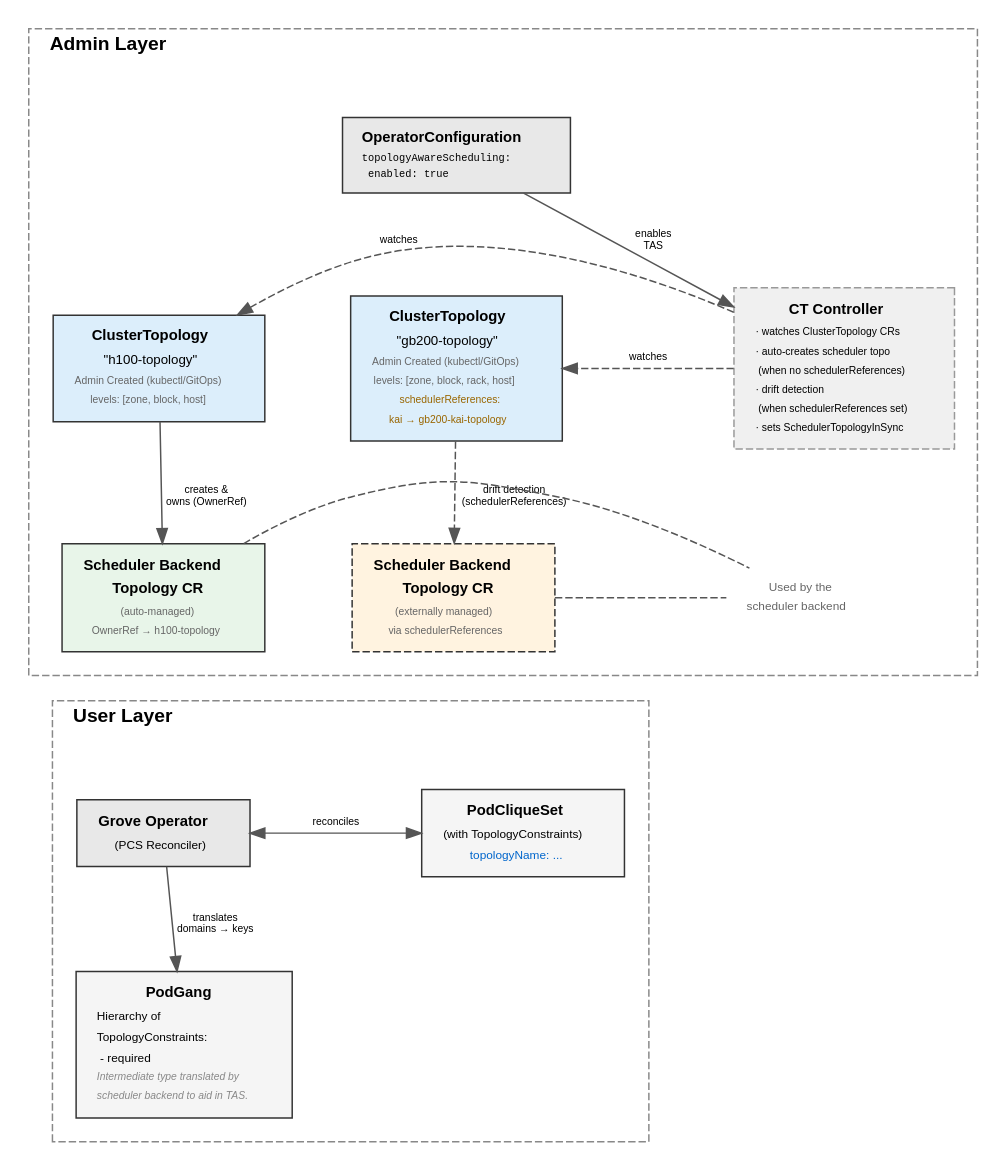
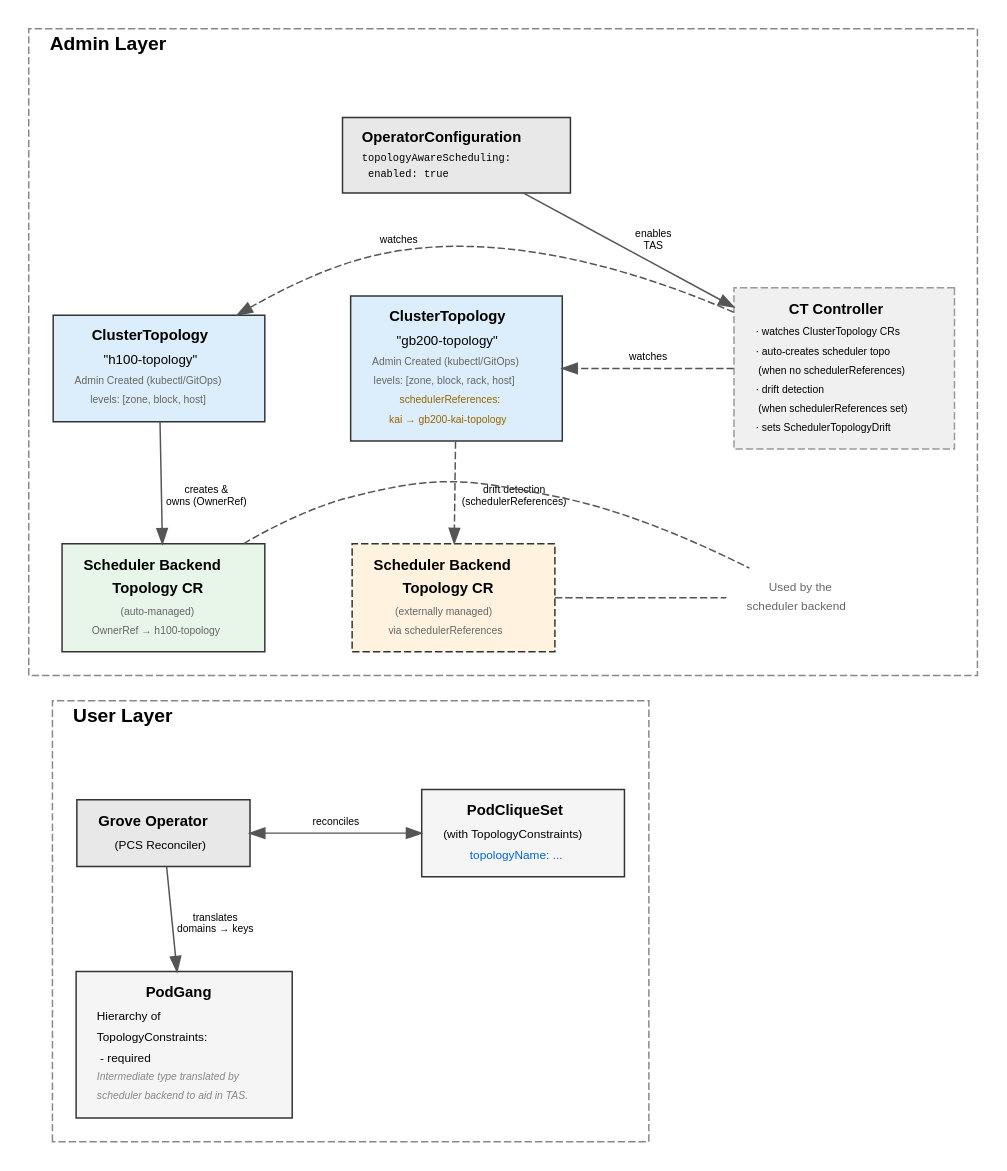
The diagram in docs/proposals/244-topology-aware-scheduling/assets/tas-highlevel-architecture.dot (ai-dynamo/grove), drawn with Graphviz before and after one commit. The commit also changed 2 other files, not shown here.

Commit message:
rename SchedulerTopologyInSync to SchedulerTopologyDrift
Follow Kubernetes condition naming convention: conditions should use
negative polarity (True = problem) except Ready. Flipped polarity so
True = drift detected, False = all backends in sync.

```diff
--- a/docs/proposals/244-topology-aware-scheduling/assets/tas-highlevel-architecture.dot
+++ b/docs/proposals/244-topology-aware-scheduling/assets/tas-highlevel-architecture.dot
@@ -1,192 +1,192 @@
 digraph TASArchitecture {
     // Global settings
     rankdir=TB;
     fontname="Helvetica";
     fontsize=11;
     node [fontname="Helvetica", fontsize=10, shape=box, style="filled", fillcolor="#f5f5f5", color="#333333", margin="0.15,0.1"];
     edge [fontname="Helvetica", fontsize=7, color="#555555"];
     nodesep=0.8;
     ranksep=0.65;
     newrank=true;
 
     // ===== ADMIN LAYER =====
     subgraph cluster_admin {
         label="Admin Layer";
         labeljust="l";
         labelloc="t";
         fontsize=13;
         fontname="Helvetica-Bold";
         style="dashed";
         color="#888888";
         bgcolor="#ffffff";
         margin="16";
 
         // Row 1: OperatorConfiguration (simplified — just the TAS flag)
         opconfig [
             label=<
             <TABLE BORDER="0" CELLBORDER="0" CELLSPACING="1" CELLPADDING="1">
             <TR><TD><B>OperatorConfiguration</B></TD></TR>
             <TR><TD ALIGN="LEFT"><FONT POINT-SIZE="7.5" FACE="Courier">topologyAwareScheduling:</FONT></TD></TR>
             <TR><TD ALIGN="LEFT"><FONT POINT-SIZE="7.5" FACE="Courier">  enabled: true</FONT></TD></TR>
             </TABLE>>,
             shape=box,
             fillcolor="#e8e8e8"
         ];
 
         // Row 2: ClusterTopologies + CT Controller
         ct_h100 [
             label=<
             <TABLE BORDER="0" CELLBORDER="0" CELLSPACING="1" CELLPADDING="2">
             <TR><TD><B>ClusterTopology</B></TD></TR>
             <TR><TD><FONT POINT-SIZE="9">"h100-topology"</FONT></TD></TR>
             <TR><TD><FONT POINT-SIZE="7" COLOR="#666666">Admin Created (kubectl/GitOps)</FONT></TD></TR>
             <TR><TD><FONT POINT-SIZE="7" COLOR="#666666">levels: [zone, block, host]</FONT></TD></TR>
             </TABLE>>,
             fillcolor="#dceefb"
         ];
 
         ct_gb200 [
             label=<
             <TABLE BORDER="0" CELLBORDER="0" CELLSPACING="1" CELLPADDING="2">
             <TR><TD><B>ClusterTopology</B></TD></TR>
             <TR><TD><FONT POINT-SIZE="9">"gb200-topology"</FONT></TD></TR>
             <TR><TD><FONT POINT-SIZE="7" COLOR="#666666">Admin Created (kubectl/GitOps)</FONT></TD></TR>
             <TR><TD><FONT POINT-SIZE="7" COLOR="#666666">levels: [zone, block, rack, host]</FONT></TD></TR>
             <TR><TD><FONT POINT-SIZE="7" COLOR="#996600">schedulerReferences:</FONT></TD></TR>
             <TR><TD><FONT POINT-SIZE="7" COLOR="#996600">  kai → gb200-kai-topology</FONT></TD></TR>
             </TABLE>>,
             fillcolor="#dceefb"
         ];
 
         ct_controller [
             label=<
             <TABLE BORDER="0" CELLBORDER="0" CELLSPACING="1" CELLPADDING="2">
             <TR><TD><B>CT Controller</B></TD></TR>
             <TR><TD ALIGN="LEFT"><FONT POINT-SIZE="7">· watches ClusterTopology CRs</FONT></TD></TR>
             <TR><TD ALIGN="LEFT"><FONT POINT-SIZE="7">· auto-creates scheduler topo</FONT></TD></TR>
             <TR><TD ALIGN="LEFT"><FONT POINT-SIZE="7">  (when no schedulerReferences)</FONT></TD></TR>
             <TR><TD ALIGN="LEFT"><FONT POINT-SIZE="7">· drift detection</FONT></TD></TR>
             <TR><TD ALIGN="LEFT"><FONT POINT-SIZE="7">  (when schedulerReferences set)</FONT></TD></TR>
-            <TR><TD ALIGN="LEFT"><FONT POINT-SIZE="7">· sets SchedulerTopologyInSync</FONT></TD></TR>
+            <TR><TD ALIGN="LEFT"><FONT POINT-SIZE="7">· sets SchedulerTopologyDrift</FONT></TD></TR>
             </TABLE>>,
             shape=box,
             style="filled,dashed",
             fillcolor="#f0f0f0",
             color="#999999"
         ];
 
         // Row 3: Scheduler Backend Topology CRs
         sched_h100 [
             label=<
             <TABLE BORDER="0" CELLBORDER="0" CELLSPACING="1" CELLPADDING="2">
             <TR><TD><B>Scheduler Backend</B></TD></TR>
             <TR><TD><B>Topology CR</B></TD></TR>
             <TR><TD><FONT POINT-SIZE="7" COLOR="#666666">(auto-managed)</FONT></TD></TR>
             <TR><TD><FONT POINT-SIZE="7" COLOR="#666666">OwnerRef → h100-topology</FONT></TD></TR>
             </TABLE>>,
             fillcolor="#e8f5e9"
         ];
 
         sched_gb200 [
             label=<
             <TABLE BORDER="0" CELLBORDER="0" CELLSPACING="1" CELLPADDING="2">
             <TR><TD><B>Scheduler Backend</B></TD></TR>
             <TR><TD><B>Topology CR</B></TD></TR>
             <TR><TD><FONT POINT-SIZE="7" COLOR="#666666">(externally managed)</FONT></TD></TR>
             <TR><TD><FONT POINT-SIZE="7" COLOR="#666666">via schedulerReferences</FONT></TD></TR>
             </TABLE>>,
             fillcolor="#fff3e0",
             style="filled,dashed"
         ];
 
         scheduler_label [
             label=<
             <TABLE BORDER="0" CELLBORDER="0" CELLSPACING="0">
             <TR><TD><FONT POINT-SIZE="8" COLOR="#666666">Used by the</FONT></TD></TR>
             <TR><TD><FONT POINT-SIZE="8" COLOR="#666666">scheduler backend</FONT></TD></TR>
             </TABLE>>,
             shape=plaintext,
             fillcolor="transparent",
             style=""
         ];
 
         // Row ranking within admin
         {rank=same; ct_h100; ct_gb200; ct_controller}
         {rank=same; sched_h100; sched_gb200; scheduler_label}
     }
 
     // ===== USER LAYER =====
     subgraph cluster_user {
         label="User Layer";
         labeljust="l";
         labelloc="t";
         fontsize=13;
         fontname="Helvetica-Bold";
         style="dashed";
         color="#888888";
         bgcolor="#ffffff";
         margin="16";
 
         grove_operator [
             label=<
             <TABLE BORDER="0" CELLBORDER="0" CELLSPACING="1" CELLPADDING="2">
             <TR><TD><B>Grove Operator</B></TD></TR>
             <TR><TD><FONT POINT-SIZE="8">(PCS Reconciler)</FONT></TD></TR>
             </TABLE>>,
             fillcolor="#e8e8e8"
         ];
 
         pcs [
             label=<
             <TABLE BORDER="0" CELLBORDER="0" CELLSPACING="1" CELLPADDING="2">
             <TR><TD><B>PodCliqueSet</B></TD></TR>
             <TR><TD><FONT POINT-SIZE="8">(with TopologyConstraints)</FONT></TD></TR>
             <TR><TD><FONT POINT-SIZE="8" COLOR="#0066cc">topologyName: ...</FONT></TD></TR>
             </TABLE>>,
             fillcolor="#f5f5f5"
         ];
 
         podgang [
             label=<
             <TABLE BORDER="0" CELLBORDER="0" CELLSPACING="1" CELLPADDING="2">
             <TR><TD><B>PodGang</B></TD></TR>
             <TR><TD ALIGN="LEFT"><FONT POINT-SIZE="8">Hierarchy of</FONT></TD></TR>
             <TR><TD ALIGN="LEFT"><FONT POINT-SIZE="8">TopologyConstraints:</FONT></TD></TR>
             <TR><TD ALIGN="LEFT"><FONT POINT-SIZE="8">  - required</FONT></TD></TR>
             <TR><TD><FONT POINT-SIZE="7" COLOR="#888888"><I>Intermediate type translated by</I></FONT></TD></TR>
             <TR><TD><FONT POINT-SIZE="7" COLOR="#888888"><I>scheduler backend to aid in TAS.</I></FONT></TD></TR>
             </TABLE>>,
             fillcolor="#f5f5f5"
         ];
 
         {rank=same; grove_operator; pcs}
     }
 
     // ===== EDGES =====
 
     // Admin Layer: OperatorConfiguration -> CT Controller
     opconfig -> ct_controller [label="  enables\n  TAS"];
 
     // Layout: keep CTs below OperatorConfiguration
     opconfig -> ct_h100 [style=invis];
     opconfig -> ct_gb200 [style=invis];
 
     // Admin Layer: CT Controller watches ClusterTopologies
     ct_controller -> ct_h100 [label="watches", style=dashed, constraint=false];
     ct_controller -> ct_gb200 [label="watches", style=dashed, constraint=false];
 
     // Admin Layer: ClusterTopology -> Scheduler Backend
     ct_h100 -> sched_h100 [label="creates &\nowns (OwnerRef)"];
     ct_gb200 -> sched_gb200 [label="drift detection\n(schedulerReferences)", style=dashed];
 
     // Admin Layer: Scheduler Backend -> label
     sched_h100 -> scheduler_label [style=dashed, arrowhead=none];
     sched_gb200 -> scheduler_label [style=dashed, arrowhead=none];
 
     // User Layer internal
     grove_operator -> pcs [label="reconciles", dir=both];
     grove_operator -> podgang [label="translates\ndomains → keys"];
 
     // Layout: force user layer below admin layer
     sched_h100 -> grove_operator [style=invis];
 }
```
